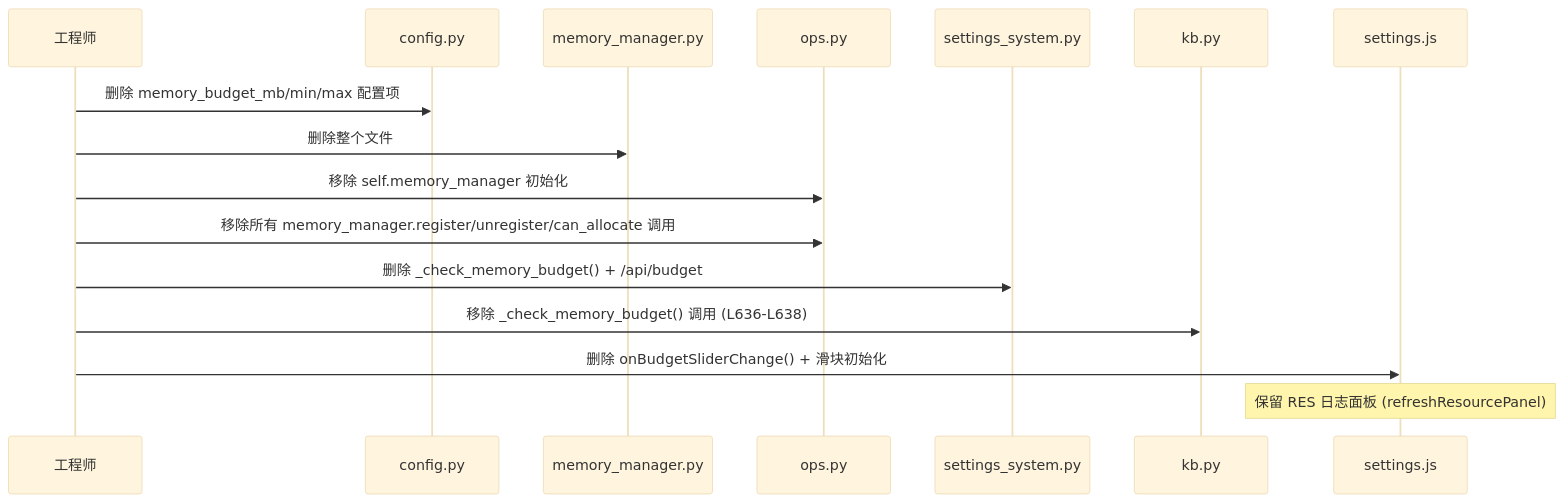
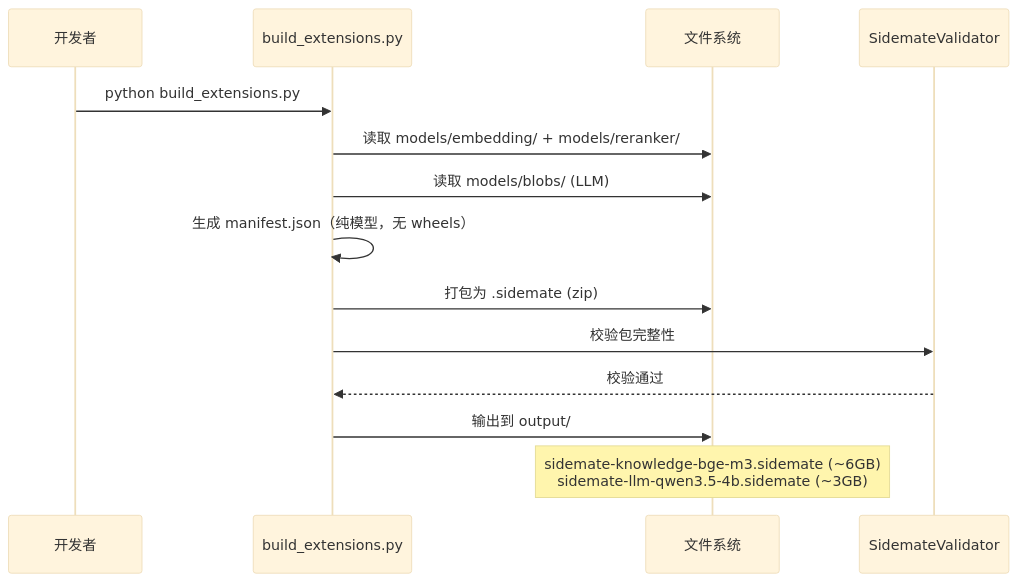
Before and after one commit to zwq871482439/sidemate: the sixth of 7 diagrams in docs/system_design.md, drawn with Mermaid (base theme). The commit also changed other lines of this file and 27 other files, not shown here.

````diff
--- a/docs/system_design.md
+++ b/docs/system_design.md
@@ -416,19 +321,17 @@
 ```mermaid
 sequenceDiagram
-    participant Dev as 工程师
-    participant Cfg as config.py
-    participant MM as memory_manager.py
-    participant Ops as ops.py
-    participant SetSys as settings_system.py
-    participant KB as kb.py
-    participant FE as settings.js
+    participant Dev as 开发者
+    participant Script as build_extensions.py
+    participant FS as 文件系统
+    participant Val as SidemateValidator
 
-    Dev->>Cfg: 删除 memory_budget_mb/min/max 配置项
-    Dev->>MM: 删除整个文件
-    Dev->>Ops: 移除 self.memory_manager 初始化
-    Dev->>Ops: 移除所有 memory_manager.register/unregister/can_allocate 调用
-    Dev->>SetSys: 删除 _check_memory_budget() + /api/budget
-    Dev->>KB: 移除 _check_memory_budget() 调用 (L636-L638)
-    Dev->>FE: 删除 onBudgetSliderChange() + 滑块初始化
-    Note over FE: 保留 RES 日志面板 (refreshResourcePanel)
+    Dev->>Script: python build_extensions.py
+    Script->>FS: 读取 models/embedding/ + models/reranker/
+    Script->>FS: 读取 models/blobs/ (LLM)
+    Script->>Script: 生成 manifest.json（纯模型，无 wheels）
+    Script->>FS: 打包为 .sidemate (zip)
+    Script->>Val: 校验包完整性
+    Val-->>Script: 校验通过
+    Script->>FS: 输出到 output/
+    Note over FS: sidemate-knowledge-bge-m3.sidemate (~6GB)<br/>sidemate-llm-qwen3.5-4b.sidemate (~3GB)
 ```
````
